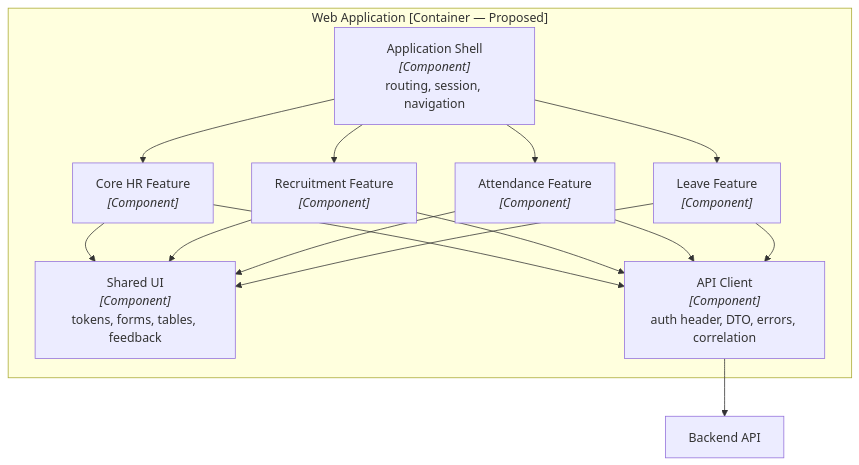
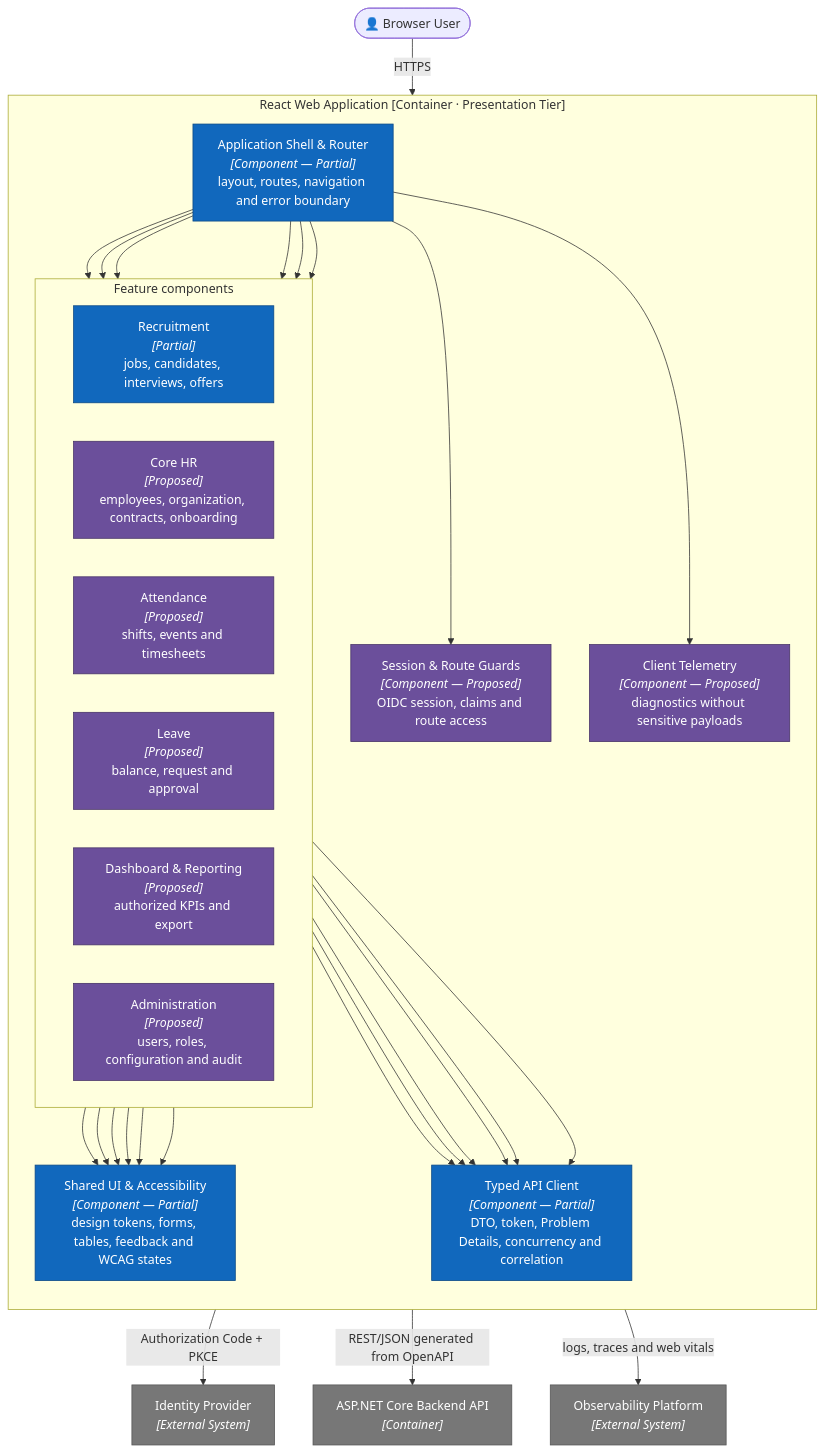
Before and after one commit to nvdat16/QLNS: the fourth of 12 diagrams in docs/architecture.md, drawn with Mermaid. The commit also changed other lines of this file and 6 other files, not shown here.

Commit message:
feat: add recruitment application pipeline and stage management features

````diff
--- a/docs/architecture.md
+++ b/docs/architecture.md
@@ -213,27 +242,62 @@
 ```mermaid
 flowchart TB
-    subgraph web["Web Application [Container — Proposed]"]
-        shell["Application Shell<br/><i>[Component]</i><br/>routing, session, navigation"]
-        corehr["Core HR Feature<br/><i>[Component]</i>"]
-        recruitment["Recruitment Feature<br/><i>[Component]</i>"]
-        attendance["Attendance Feature<br/><i>[Component]</i>"]
-        leave["Leave Feature<br/><i>[Component]</i>"]
-        shared["Shared UI<br/><i>[Component]</i><br/>tokens, forms, tables, feedback"]
-        client["API Client<br/><i>[Component]</i><br/>auth header, DTO, errors, correlation"]
+    user(["👤 Browser User"])
+    api["ASP.NET Core Backend API<br/><i>[Container]</i>"]
+    idp["Identity Provider<br/><i>[External System]</i>"]
+    observe["Observability Platform<br/><i>[External System]</i>"]
+
+    subgraph web["React Web Application [Container · Presentation Tier]"]
+        direction TB
+        shell["Application Shell & Router<br/><i>[Component — Partial]</i><br/>layout, routes, navigation and error boundary"]
+        auth["Session & Route Guards<br/><i>[Component — Proposed]</i><br/>OIDC session, claims and route access"]
+
+        subgraph features["Feature components"]
+            direction LR
+            recruitment["Recruitment<br/><i>[Partial]</i><br/>jobs, candidates, interviews, offers"]
+            corehr["Core HR<br/><i>[Proposed]</i><br/>employees, organization, contracts, onboarding"]
+            attendance["Attendance<br/><i>[Proposed]</i><br/>shifts, events and timesheets"]
+            leave["Leave<br/><i>[Proposed]</i><br/>balance, request and approval"]
+            reporting["Dashboard & Reporting<br/><i>[Proposed]</i><br/>authorized KPIs and export"]
+            administration["Administration<br/><i>[Proposed]</i><br/>users, roles, configuration and audit"]
+        end
+
+        shared["Shared UI & Accessibility<br/><i>[Component — Partial]</i><br/>design tokens, forms, tables, feedback and WCAG states"]
+        client["Typed API Client<br/><i>[Component — Partial]</i><br/>DTO, token, Problem Details, concurrency and correlation"]
+        telemetry["Client Telemetry<br/><i>[Component — Proposed]</i><br/>diagnostics without sensitive payloads"]
+
+        shell --> auth
+        shell --> recruitment
+        shell --> corehr
+        shell --> attendance
+        shell --> leave
+        shell --> reporting
+        shell --> administration
+
+        recruitment --> shared
+        corehr --> shared
+        attendance --> shared
+        leave --> shared
+        reporting --> shared
+        administration --> shared
+
+        recruitment --> client
+        corehr --> client
+        attendance --> client
+        leave --> client
+        reporting --> client
+        administration --> client
+        shell --> telemetry
     end
 
-    api["Backend API"]
-    shell --> corehr
-    shell --> recruitment
-    shell --> attendance
-    shell --> leave
-    corehr --> shared
-    recruitment --> shared
-    attendance --> shared
-    leave --> shared
-    corehr --> client
-    recruitment --> client
-    attendance --> client
-    leave --> client
-    client --> api
+    user -->|HTTPS| shell
+    auth -->|"Authorization Code + PKCE"| idp
+    client -->|"REST/JSON generated from OpenAPI"| api
+    telemetry -->|"logs, traces and web vitals"| observe
+
+    classDef partial fill:#1168bd,color:#fff,stroke:#0b4884
+    classDef proposed fill:#6b4f9b,color:#fff,stroke:#463267
+    classDef external fill:#777,color:#fff,stroke:#555
+    class shell,recruitment,shared,client partial
+    class auth,corehr,attendance,leave,reporting,administration,telemetry proposed
+    class api,idp,observe external
 ```
````
